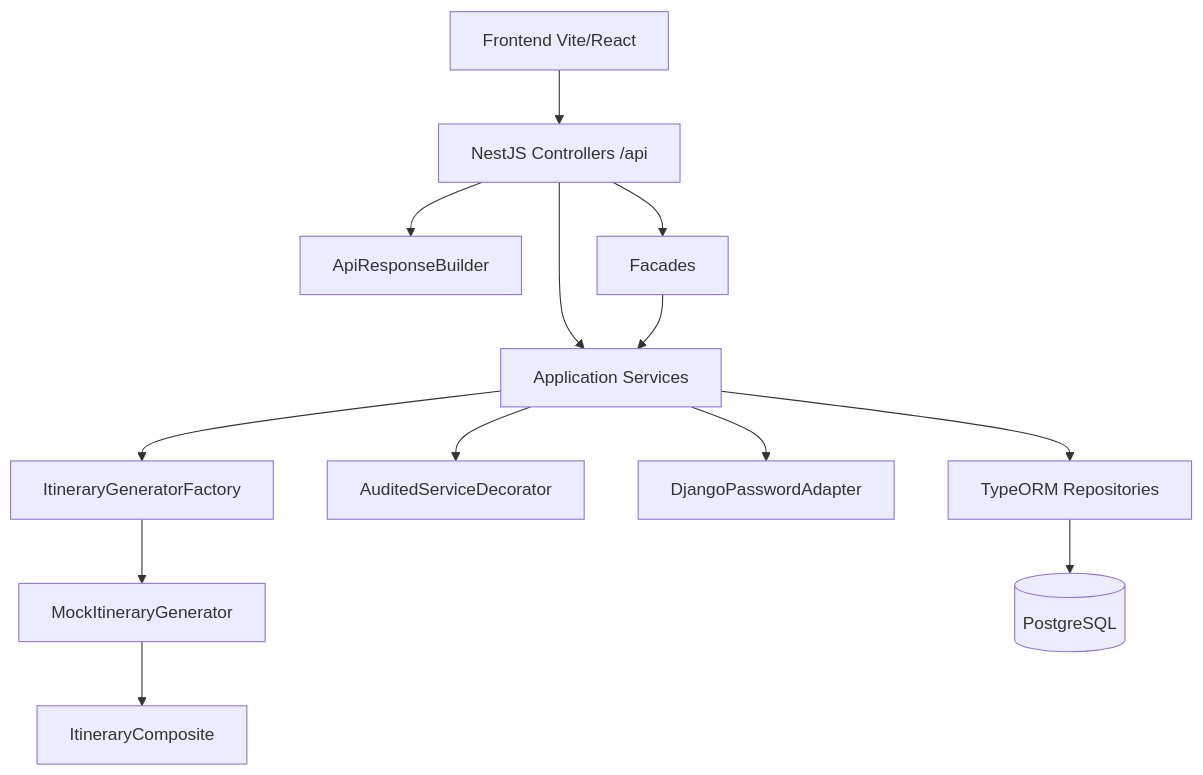
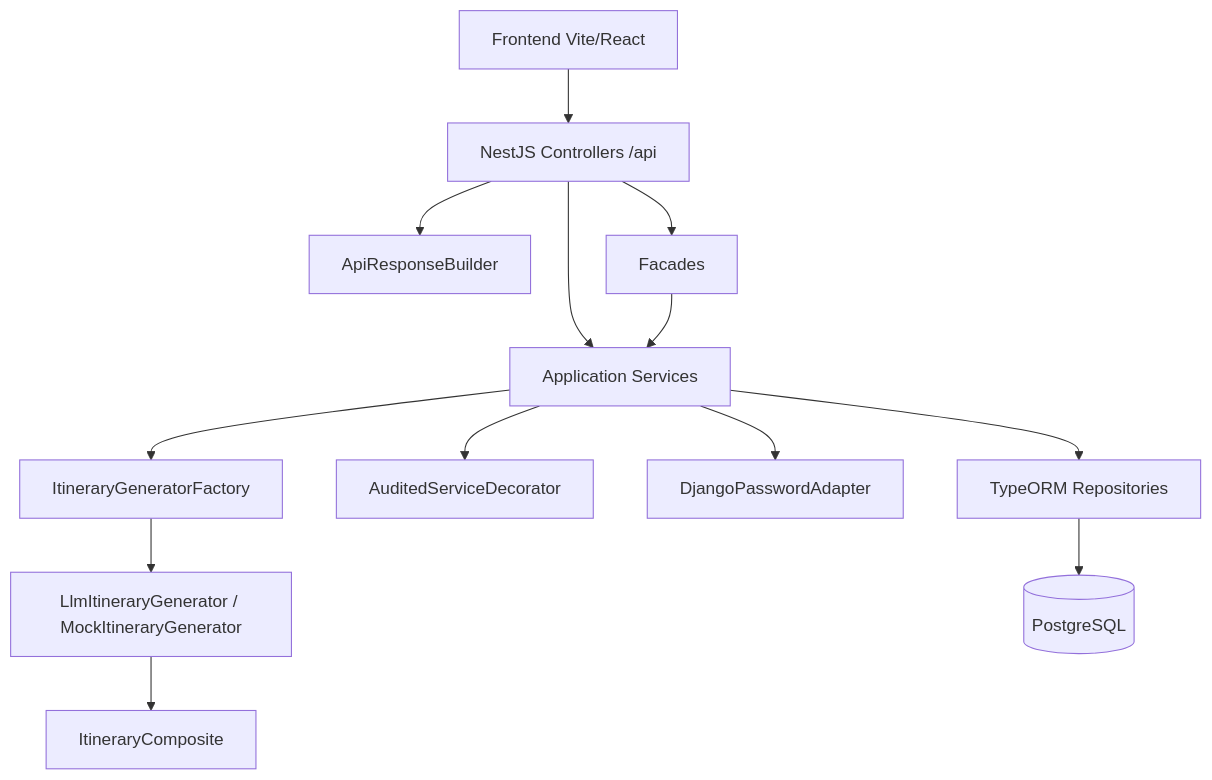
One commit to DaviMarqs/viajero changed the first of 8 diagrams in backend-nest/DESIGN_PATTERNS.md. Above: the diagram before and after it, drawn with Mermaid. The commit also changed other lines of this file and 44 other files, not shown here.

````diff
--- a/backend-nest/DESIGN_PATTERNS.md
+++ b/backend-nest/DESIGN_PATTERNS.md
@@ -9,15 +9,15 @@
 ```mermaid
 flowchart TD
   Frontend[Frontend Vite/React] --> Controllers[NestJS Controllers /api]
   Controllers --> Builder[ApiResponseBuilder]
   Controllers --> Facades[Facades]
   Controllers --> Services[Application Services]
   Facades --> Services
   Services --> Factory[ItineraryGeneratorFactory]
   Services --> Decorator[AuditedServiceDecorator]
-  Factory --> Generator[MockItineraryGenerator]
+  Factory --> Generator[LlmItineraryGenerator / MockItineraryGenerator]
   Generator --> Composite[ItineraryComposite]
   Services --> Adapter[DjangoPasswordAdapter]
   Services --> TypeORM[TypeORM Repositories]
   TypeORM --> PostgreSQL[(PostgreSQL)]
 ```
````
